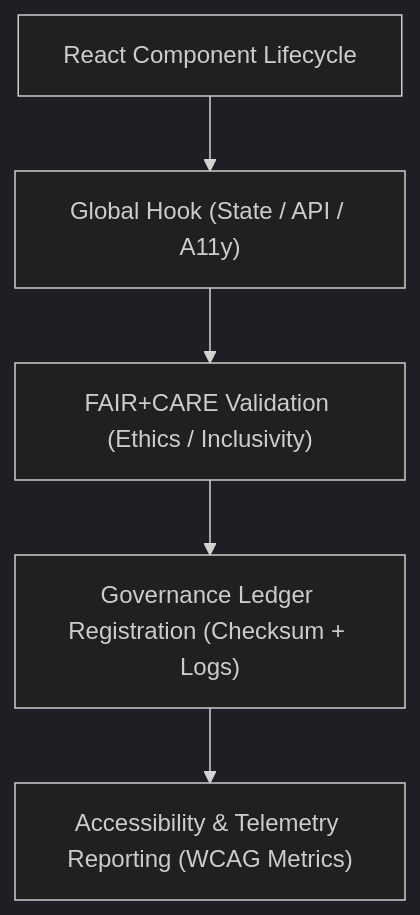
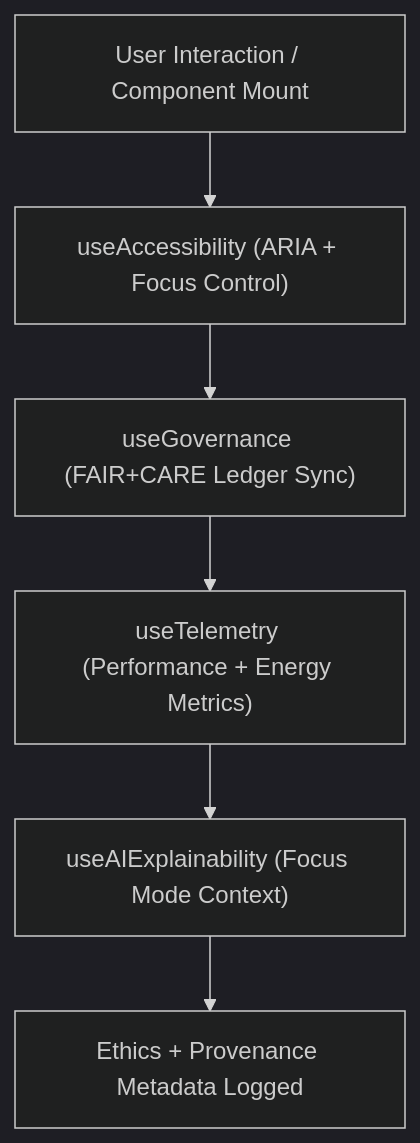
One commit to bartytime4life/Kansas-Frontier-Matrix changed the diagram in web/src/hooks/README.md. Above: the diagram before and after it, drawn with Mermaid (dark theme). The commit also changed other lines of this file, not shown here.

Commit message:
Update README for Web React Hooks to v9.6.0

````diff
--- a/web/src/hooks/README.md
+++ b/web/src/hooks/README.md
@@ -81,7 +65,8 @@
 ```mermaid
 flowchart TD
-  A["React Component Lifecycle"] --> B["Global Hook (State / API / A11y)"]
-  B --> C["FAIR+CARE Validation (Ethics / Inclusivity)"]
-  C --> D["Governance Ledger Registration (Checksum + Logs)"]
-  D --> E["Accessibility & Telemetry Reporting (WCAG Metrics)"]
+    A["User Interaction / Component Mount"] --> B["useAccessibility (ARIA + Focus Control)"]
+    B --> C["useGovernance (FAIR+CARE Ledger Sync)"]
+    C --> D["useTelemetry (Performance + Energy Metrics)"]
+    D --> E["useAIExplainability (Focus Mode Context)"]
+    E --> F["Ethics + Provenance Metadata Logged"]
 ```
````
